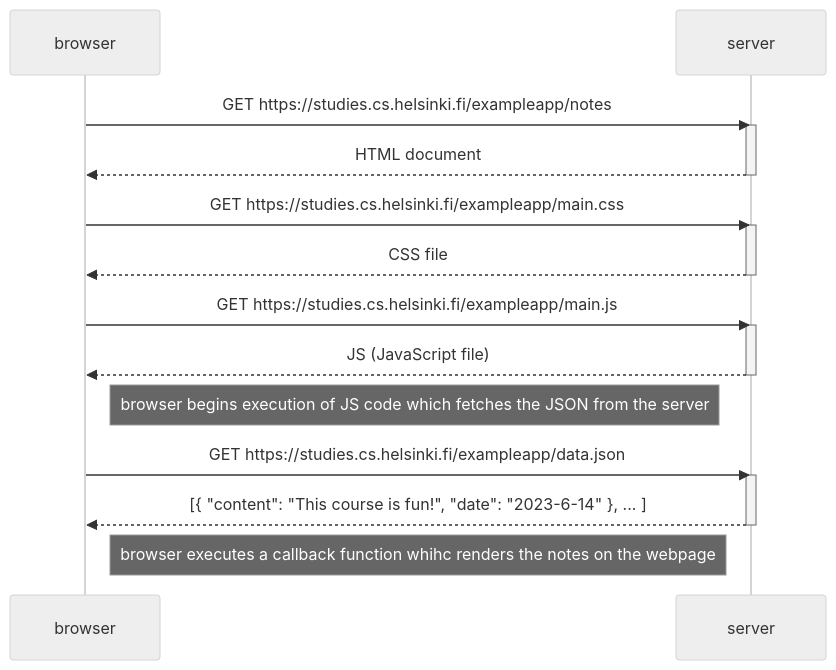
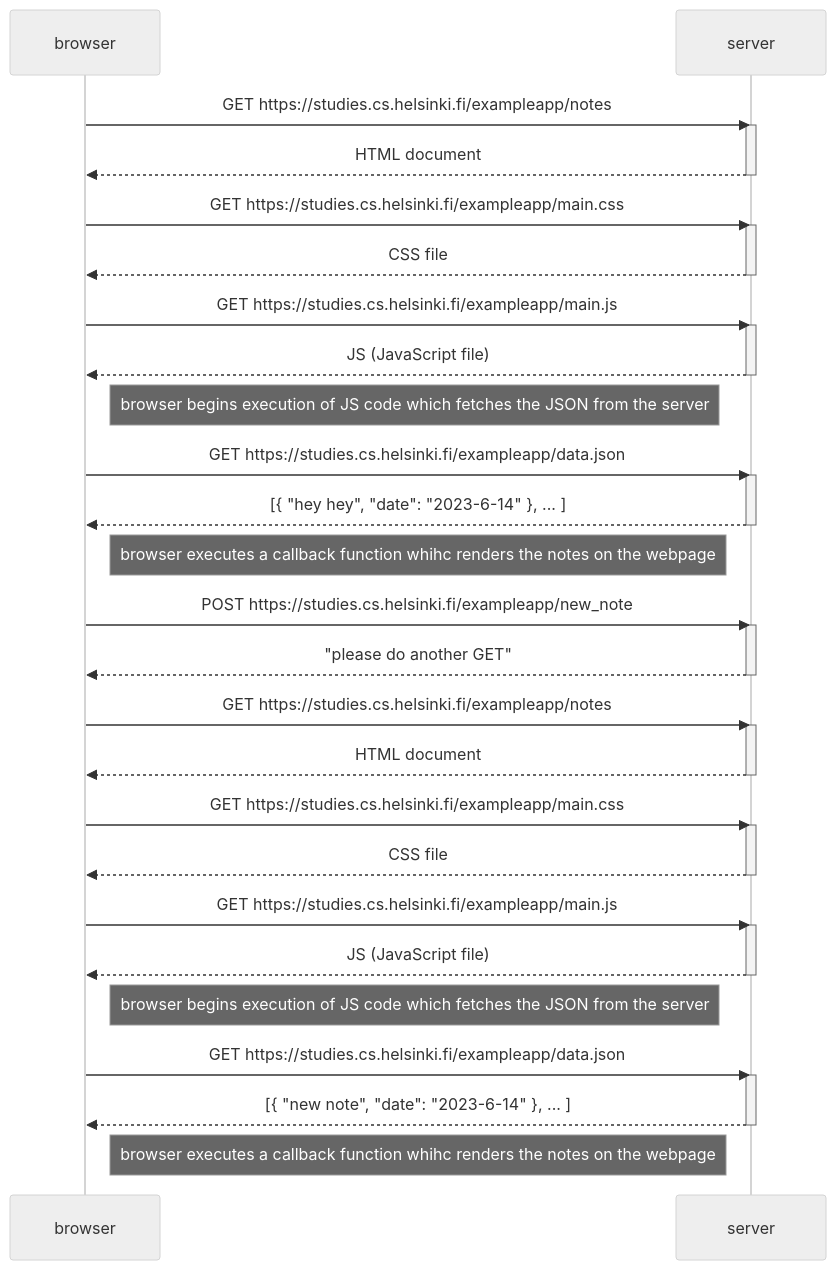
The diagram in part0/ex4.md (wannalina/full_stack_open), drawn with Mermaid (neutral theme) before and after one commit. The commit also changed 2 other files, not shown here.

Commit message:
fix exercise 4 according to instructions and add exercise 5: single page app diagram

````diff
--- a/part0/ex4.md
+++ b/part0/ex4.md
@@ -1,34 +1,70 @@
 ```mermaid
 
 sequenceDiagram
 
     participant browser
     participant server
 
     browser->>server: GET https://studies.cs.helsinki.fi/exampleapp/notes
     activate server
 
     server-->>browser: HTML document
     deactivate server
 
     browser->>server: GET https://studies.cs.helsinki.fi/exampleapp/main.css
     activate server
 
     server-->>browser: CSS file
     deactivate server
 
     browser->>server: GET https://studies.cs.helsinki.fi/exampleapp/main.js
     activate server
     server-->>browser: JS (JavaScript file)
     deactivate server
 
     Note right of browser: browser begins execution of JS code which fetches the JSON from the server
 
     browser->>server: GET https://studies.cs.helsinki.fi/exampleapp/data.json
     activate server
 
-    server-->>browser: [{ "content": "This course is fun!", "date": "2023-6-14" }, ... ]
+    server-->>browser: [{ "hey hey", "date": "2023-6-14" }, ... ]
     deactivate server
 
     Note right of browser: browser executes a callback function whihc renders the notes on the webpage
+
+    browser->>server: POST https://studies.cs.helsinki.fi/exampleapp/new_note
+    activate server
+
+    server-->>browser: "please do another GET"
+    deactivate server
+
+    browser->>server: GET https://studies.cs.helsinki.fi/exampleapp/notes
+    activate server
+
+    server-->>browser: HTML document
+    deactivate server
+
+    browser->>server: GET https://studies.cs.helsinki.fi/exampleapp/main.css
+    activate server
+
+    server-->>browser: CSS file
+    deactivate server
+
+    browser->>server: GET https://studies.cs.helsinki.fi/exampleapp/main.js
+    activate server
+    server-->>browser: JS (JavaScript file)
+    deactivate server
+
+    Note right of browser: browser begins execution of JS code which fetches the JSON from the server
+
+    browser->>server: GET https://studies.cs.helsinki.fi/exampleapp/data.json
+    activate server
+
+    server-->>browser: [{ "new note", "date": "2023-6-14" }, ... ]
+    deactivate server
+
+    Note right of browser: browser executes a callback function whihc renders the notes on the webpage
+
+
+
 ```
````
